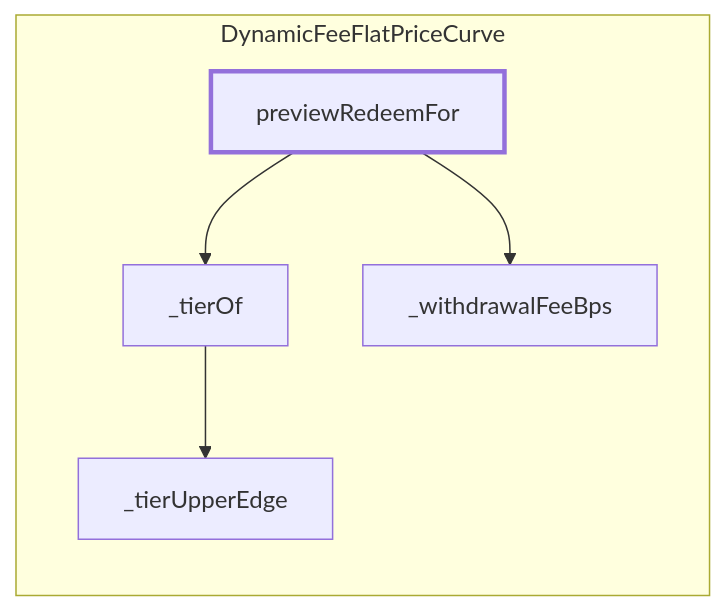
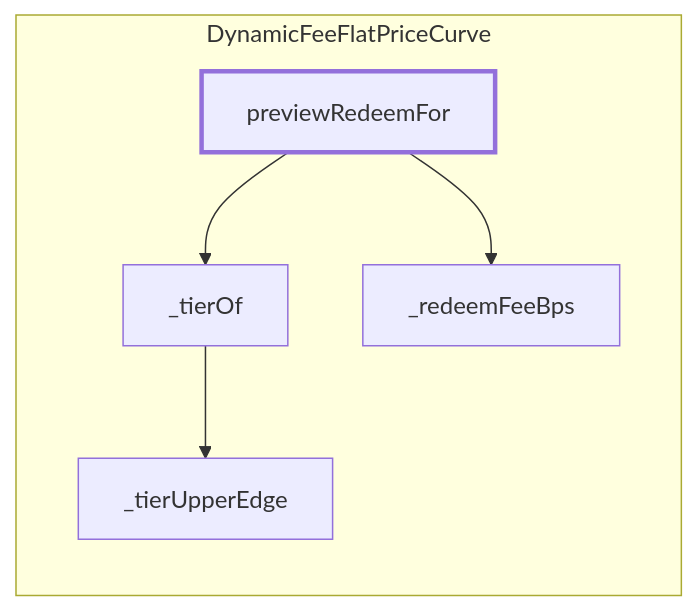
The diagram in docs/call-flows/generated/curve-preview-redeem-for.md (0xIntuition/intuition-contracts-v2), drawn with Mermaid before and after one commit. The commit also changed other lines of this file and 18 other files, not shown here.

First line of the commit message:
refactor: rename the curve fee vocabulary from 'withdrawal' to 'redeem'

````diff
--- a/docs/call-flows/generated/curve-preview-redeem-for.md
+++ b/docs/call-flows/generated/curve-preview-redeem-for.md
@@ -11,13 +11,13 @@
 ```mermaid
 flowchart LR
   subgraph DynamicFeeFlatPriceCurve["DynamicFeeFlatPriceCurve"]
     DynamicFeeFlatPriceCurve__tierOf["_tierOf"]
     DynamicFeeFlatPriceCurve__tierUpperEdge["_tierUpperEdge"]
-    DynamicFeeFlatPriceCurve__withdrawalFeeBps["_withdrawalFeeBps"]
+    DynamicFeeFlatPriceCurve__redeemFeeBps["_redeemFeeBps"]
     DynamicFeeFlatPriceCurve_previewRedeemFor["previewRedeemFor"]
   end
   DynamicFeeFlatPriceCurve_previewRedeemFor --> DynamicFeeFlatPriceCurve__tierOf
-  DynamicFeeFlatPriceCurve_previewRedeemFor --> DynamicFeeFlatPriceCurve__withdrawalFeeBps
+  DynamicFeeFlatPriceCurve_previewRedeemFor --> DynamicFeeFlatPriceCurve__redeemFeeBps
   DynamicFeeFlatPriceCurve__tierOf --> DynamicFeeFlatPriceCurve__tierUpperEdge
   style DynamicFeeFlatPriceCurve_previewRedeemFor stroke-width:3px
 ```
````
